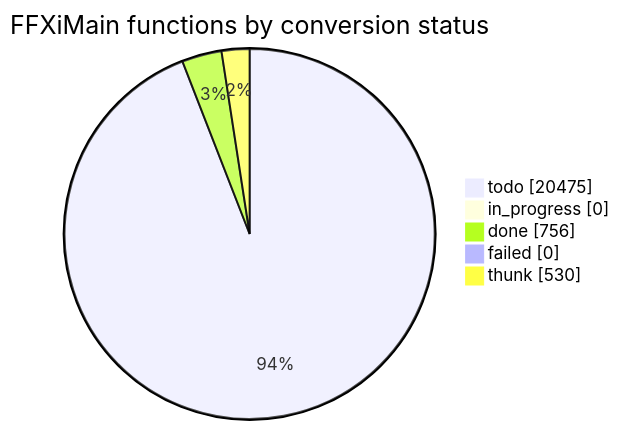
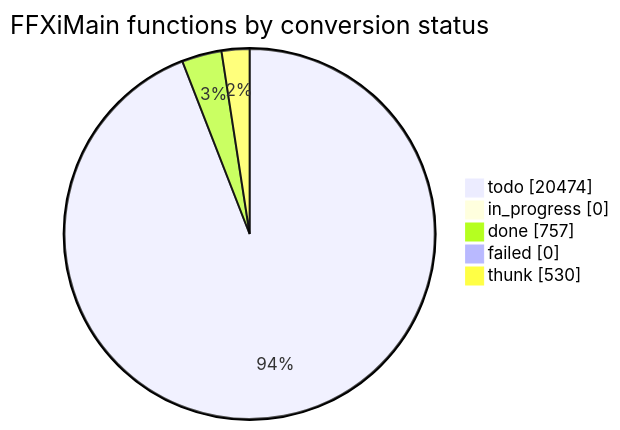
Before and after one commit to cowrevenge/cow_kuluu_xi_anything: the diagram in docs/cow/STATUS.md, drawn with Mermaid. The commit also changed other lines of this file and 9 other files, not shown here.

````diff
--- a/docs/cow/STATUS.md
+++ b/docs/cow/STATUS.md
@@ -18,9 +18,9 @@
 ```mermaid
 pie showData
     title FFXiMain functions by conversion status
-    "todo" : 20475
+    "todo" : 20474
     "in_progress" : 0
-    "done" : 756
+    "done" : 757
     "failed" : 0
     "thunk" : 530
 ```
````
